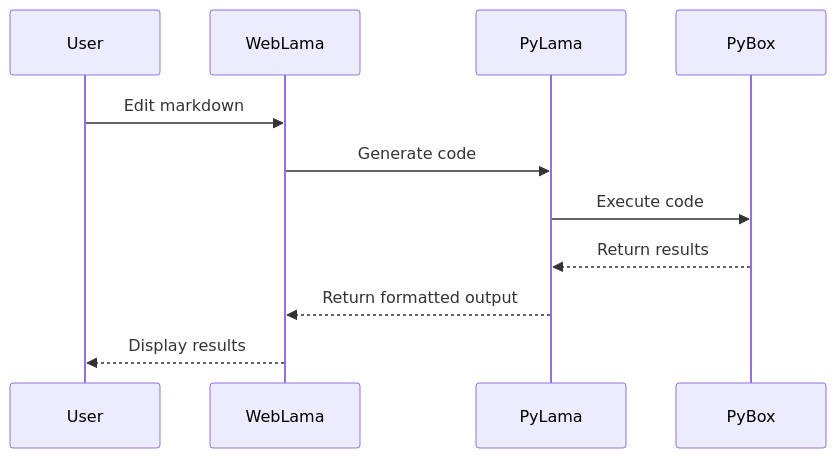
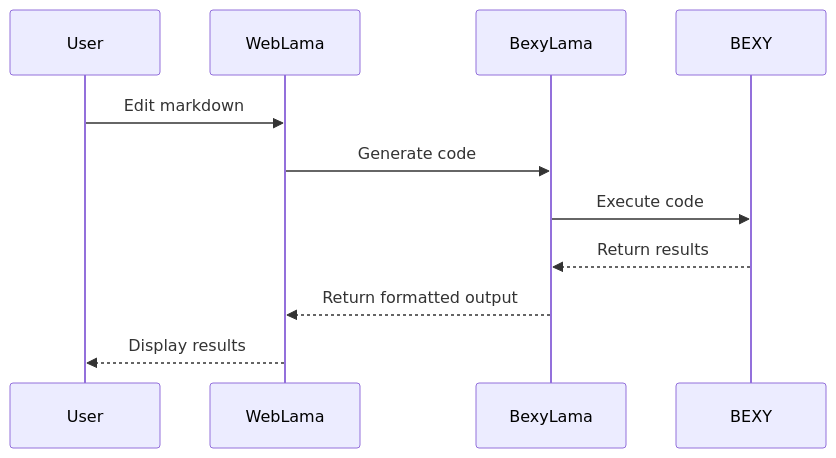
One commit to py-lama/weblama changed the second of 3 diagrams in markdown/mermaid_example.md. Above: the diagram before and after it, drawn with Mermaid. The commit also changed other lines of this file and 5 other files, not shown here.

````diff
--- a/markdown/mermaid_example.md
+++ b/markdown/mermaid_example.md
@@ -18,14 +18,14 @@
 ```mermaid
 sequenceDiagram
     participant User
     participant WebLama
-    participant PyLama
-    participant PyBox
+    participant BexyLama
+    participant BEXY
     
     User->>WebLama: Edit markdown
-    WebLama->>PyLama: Generate code
-    PyLama->>PyBox: Execute code
-    PyBox-->>PyLama: Return results
-    PyLama-->>WebLama: Return formatted output
+    WebLama->>BexyLama: Generate code
+    BexyLama->>BEXY: Execute code
+    BEXY-->>BexyLama: Return results
+    BexyLama-->>WebLama: Return formatted output
     WebLama-->>User: Display results
 ```
````
